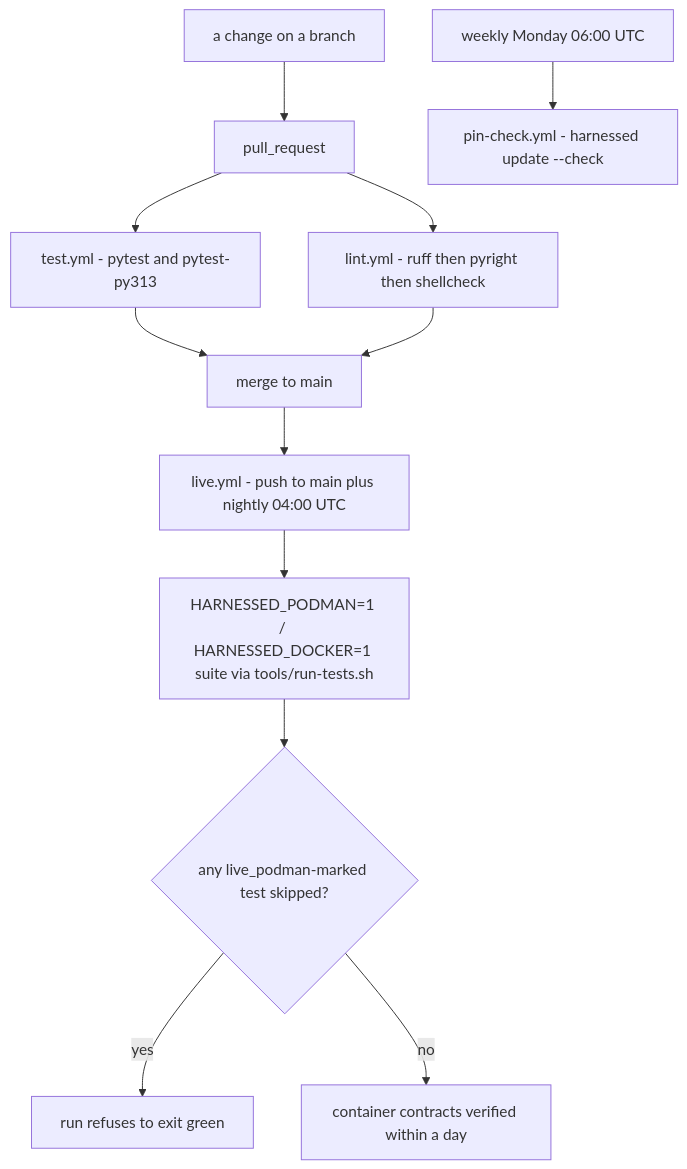
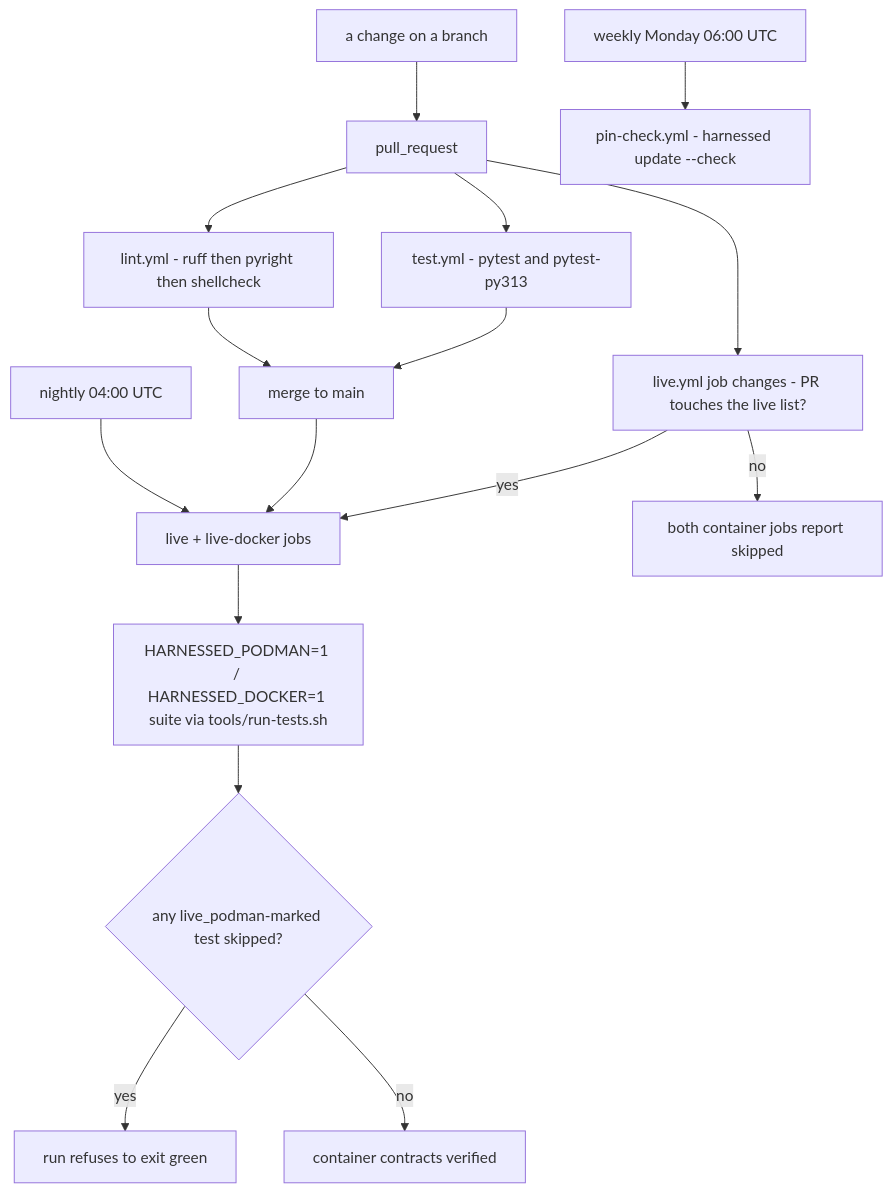
The diagram in openwiki/testing/verification-ladder.md (drmikecrowe/harnessed), drawn with Mermaid before and after one commit. The commit also changed other lines of this file and 32 other files, not shown here.

````diff
--- a/openwiki/testing/verification-ladder.md
+++ b/openwiki/testing/verification-ladder.md
@@ -88,14 +90,18 @@
 ```mermaid
 flowchart TD
     change["a change on a branch"] --> pr["pull_request"]
     pr --> pytest["test.yml - pytest and pytest-py313"]
     pr --> lint["lint.yml - ruff then pyright then shellcheck"]
+    pr --> changes["live.yml job changes - PR touches the live list?"]
+    changes -->|"yes"| live["live + live-docker jobs"]
+    changes -->|"no"| skiplive["both container jobs report skipped"]
     pytest --> merge["merge to main"]
     lint --> merge
-    merge --> live["live.yml - push to main plus nightly 04:00 UTC"]
+    merge --> live
+    nightly["nightly 04:00 UTC"] --> live
     live --> gate["HARNESSED_PODMAN=1 / HARNESSED_DOCKER=1 suite via tools/run-tests.sh"]
     gate --> skipped{"any live_podman-marked test skipped?"}
     skipped -->|"yes"| red["run refuses to exit green"]
-    skipped -->|"no"| oklive["container contracts verified within a day"]
+    skipped -->|"no"| oklive["container contracts verified"]
     weekly["weekly Monday 06:00 UTC"] --> pins["pin-check.yml - harnessed update --check"]
 ```
````
